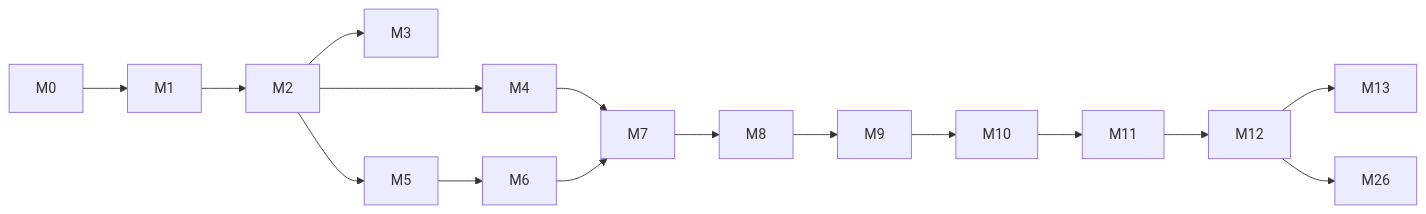
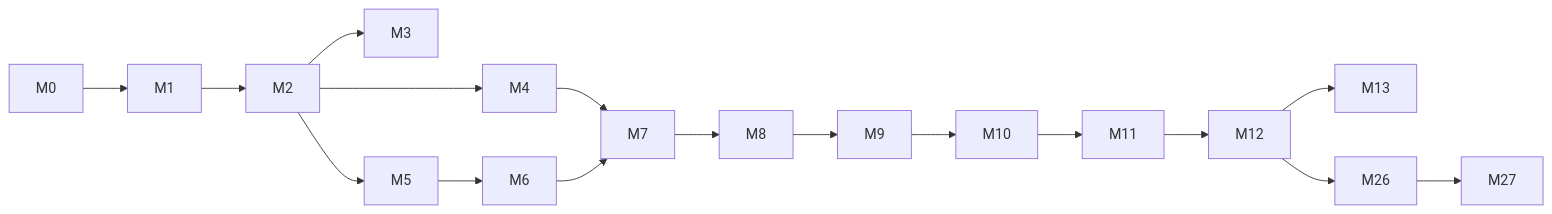
Before and after one commit to ebnmajed/kareem-marefa: the second of 2 diagrams in docs/plan/14-roadmap.md, drawn with Mermaid. The commit also changed other lines of this file and 10 other files, not shown here.

````diff
--- a/docs/plan/14-roadmap.md
+++ b/docs/plan/14-roadmap.md
@@ -887,12 +912,13 @@
 ```mermaid
 graph LR
     M0 --> M1 --> M2
     M2 --> M3
     M2 --> M4
     M2 --> M5
     M5 --> M6
     M4 --> M7
     M6 --> M7
     M7 --> M8 --> M9 --> M10 --> M11 --> M12 --> M13
     M12 --> M26
+    M26 --> M27
 ```
````
